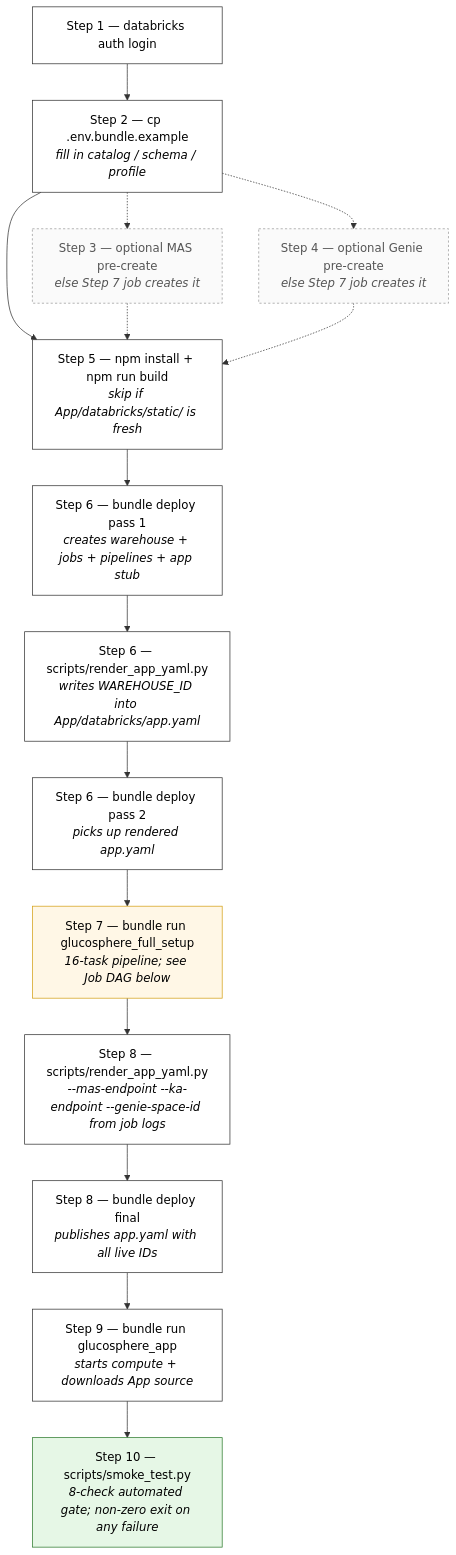
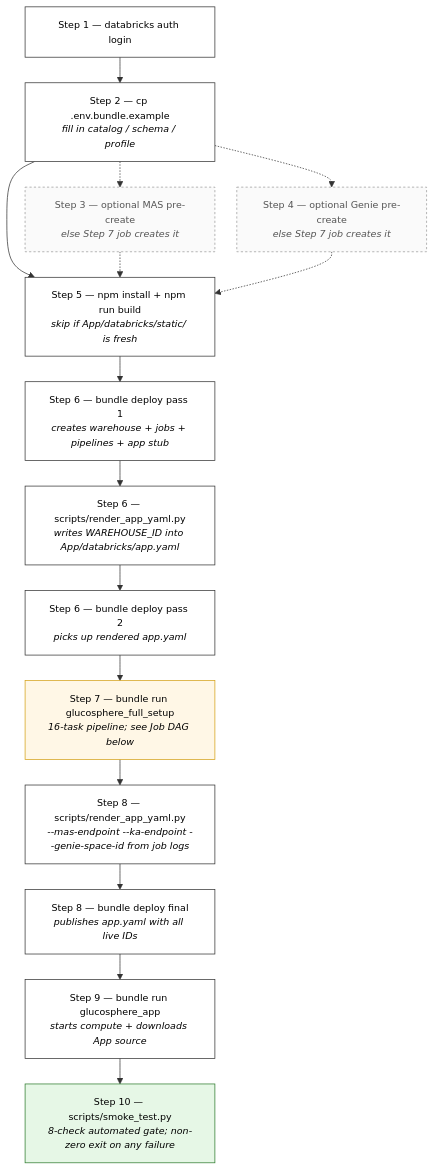
One commit to databricks-industry-solutions/glucosphere changed the first of 3 diagrams in DEPLOY.md. Above: the diagram before and after it, drawn with Mermaid. The commit also changed other lines of this file, not shown here.

Commit message:
docs(DEPLOY): shrink Deploy-flow + Job-DAG Mermaid via init directive
Add Mermaid %%{init}%% directive to the 1st and 3rd diagrams (Deploy flow at
a glance + Job DAG) — tighter nodeSpacing (30, default 50) + rankSpacing (35,
default 50) + smaller fontSize (13px, default 16px). Architecture Overview
left at defaults.

GitHub render-size will adjust on next page load.

````diff
--- a/DEPLOY.md
+++ b/DEPLOY.md
@@ -11,27 +11,28 @@
 ```mermaid
+%%{init: {'flowchart': {'nodeSpacing': 30, 'rankSpacing': 35}, 'themeVariables': {'fontSize': '13px'}}}%%
 flowchart TD
     classDef cmd fill:#fff,stroke:#333,stroke-width:1px,color:#000
     classDef wait fill:#fff7e6,stroke:#d4a017,stroke-width:1px,color:#000
     classDef gate fill:#e6f7e6,stroke:#2d7a2d,stroke-width:1px,color:#000
     classDef opt fill:#fafafa,stroke:#999,stroke-width:1px,stroke-dasharray:3 3,color:#555
 
     S1[Step 1 — databricks auth login]:::cmd
     S2[Step 2 — cp .env.bundle.example<br/><i>fill in catalog / schema / profile</i>]:::cmd
     S3[Step 3 — optional MAS pre-create<br/><i>else Step 7 job creates it</i>]:::opt
     S4[Step 4 — optional Genie pre-create<br/><i>else Step 7 job creates it</i>]:::opt
     S5[Step 5 — npm install + npm run build<br/><i>skip if App/databricks/static/ is fresh</i>]:::cmd
     A[Step 6 — bundle deploy pass 1<br/><i>creates warehouse + jobs + pipelines + app stub</i>]:::cmd
     B[Step 6 — scripts/render_app_yaml.py<br/><i>writes WAREHOUSE_ID into App/databricks/app.yaml</i>]:::cmd
     C[Step 6 — bundle deploy pass 2<br/><i>picks up rendered app.yaml</i>]:::cmd
     D[Step 7 — bundle run glucosphere_full_setup<br/><i>16-task pipeline; see Job DAG below</i>]:::wait
     E[Step 8 — scripts/render_app_yaml.py<br/><i>--mas-endpoint --ka-endpoint --genie-space-id from job logs</i>]:::cmd
     F[Step 8 — bundle deploy final<br/><i>publishes app.yaml with all live IDs</i>]:::cmd
     G[Step 9 — bundle run glucosphere_app<br/><i>starts compute + downloads App source</i>]:::cmd
     H[Step 10 — scripts/smoke_test.py<br/><i>8-check automated gate; non-zero exit on any failure</i>]:::gate
 
     S1 --> S2 --> S5 --> A --> B --> C --> D --> E --> F --> G --> H
     S2 -.-> S3
     S2 -.-> S4
     S3 -.-> S5
     S4 -.-> S5
 ```
````
